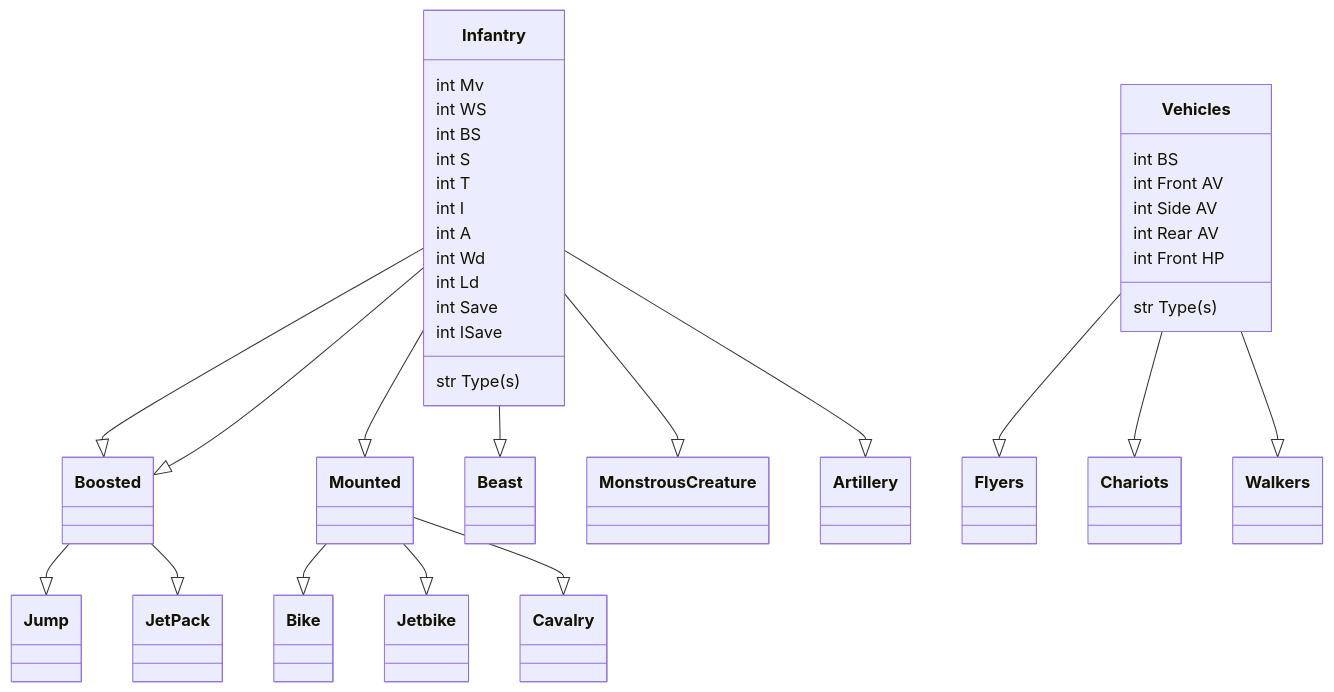
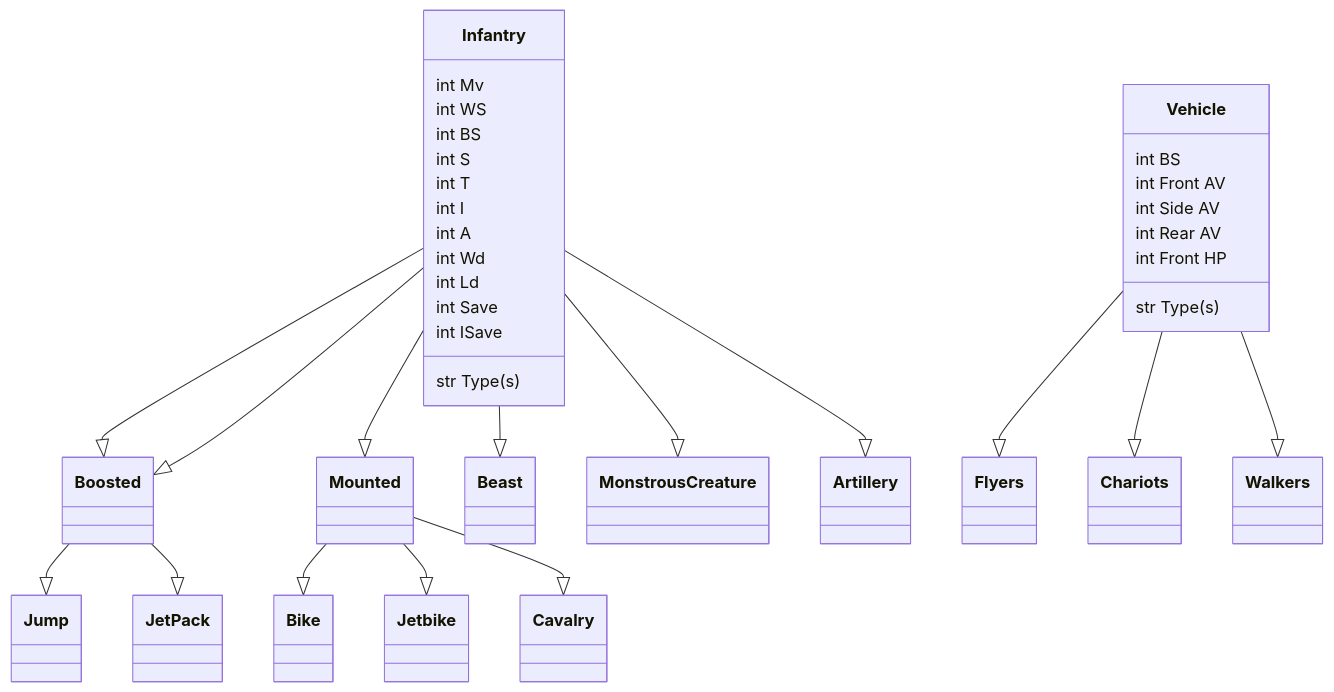
One commit to Argel-Tal/HorusHeresy-1.0-TTAdmiral changed the second of 2 diagrams in ReadMe.md. Above: the diagram before and after it, drawn with Mermaid. The commit also changed other lines of this file and 1 other file, not shown here.

Commit message:
added mini table of legions added diagram of forces

````diff
--- a/ReadMe.md
+++ b/ReadMe.md
@@ -60,35 +89,35 @@
 ```mermaid
 classDiagram
 Infantry --|> Boosted
 Infantry --|> Mounted
 Infantry --|> Beast
 Infantry --|> Boosted
 Infantry --|> Monstrous Creature
 Infantry --|> Artillery
 Boosted --|> Jump
 Boosted --|> Jet Pack
 Mounted --|> Bike
 Mounted --|> Jetbike
 Mounted --|> Cavalry
-Vehicles --|> Flyers
-Vehicles --|> Chariots
-Vehicles --|> Walkers
+Vehicle --|> Flyers
+Vehicle --|> Chariots
+Vehicle --|> Walkers
 Infantry : int Mv
 Infantry : int WS
 Infantry : int BS
 Infantry : int S
 Infantry : int T
 Infantry : int I
 Infantry : int A
 Infantry : int Wd
 Infantry : int Ld
 Infantry : int Save
 Infantry : int ISave
 Infantry : str Type(s)
-Vehicles : int BS
-Vehicles : int Front AV
-Vehicles : int Side AV
-Vehicles : int Rear AV
-Vehicles : int Front HP
-Vehicles : str Type(s)
+Vehicle : int BS
+Vehicle : int Front AV
+Vehicle : int Side AV
+Vehicle : int Rear AV
+Vehicle : int Front HP
+Vehicle : str Type(s)
 ```
````
